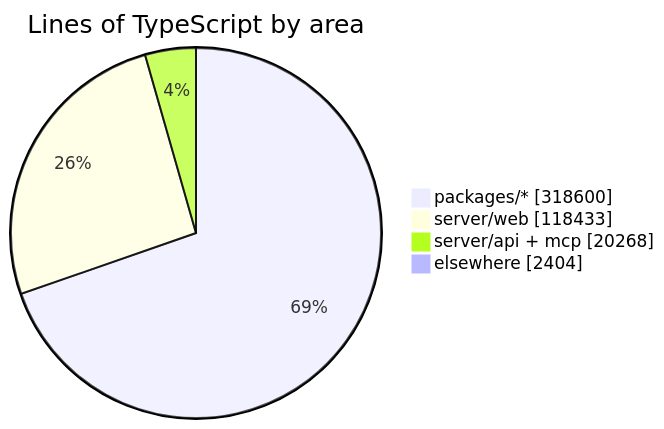
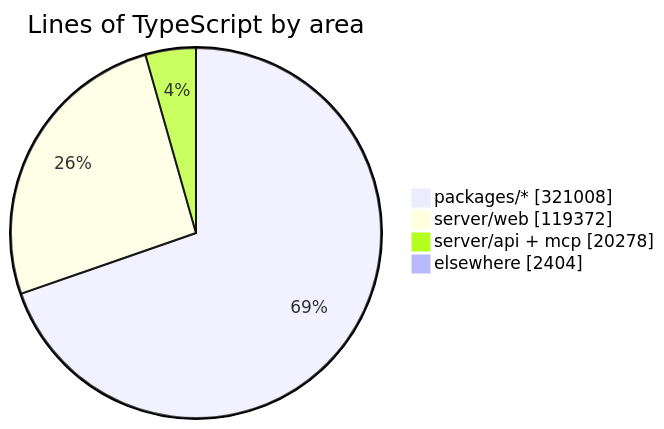
The diagram in README.md (crossworks-engineering/mantle), drawn with Mermaid before and after one commit. The commit also changed other lines of this file and 2 other files, not shown here.

````diff
--- a/README.md
+++ b/README.md
@@ -294,7 +294,7 @@
 ```mermaid
 pie showData title Lines of TypeScript by area
-    "packages/*" : 318600
-    "server/web" : 118433
-    "server/api + mcp" : 20268
+    "packages/*" : 321008
+    "server/web" : 119372
+    "server/api + mcp" : 20278
     "elsewhere" : 2404
 ```
````
